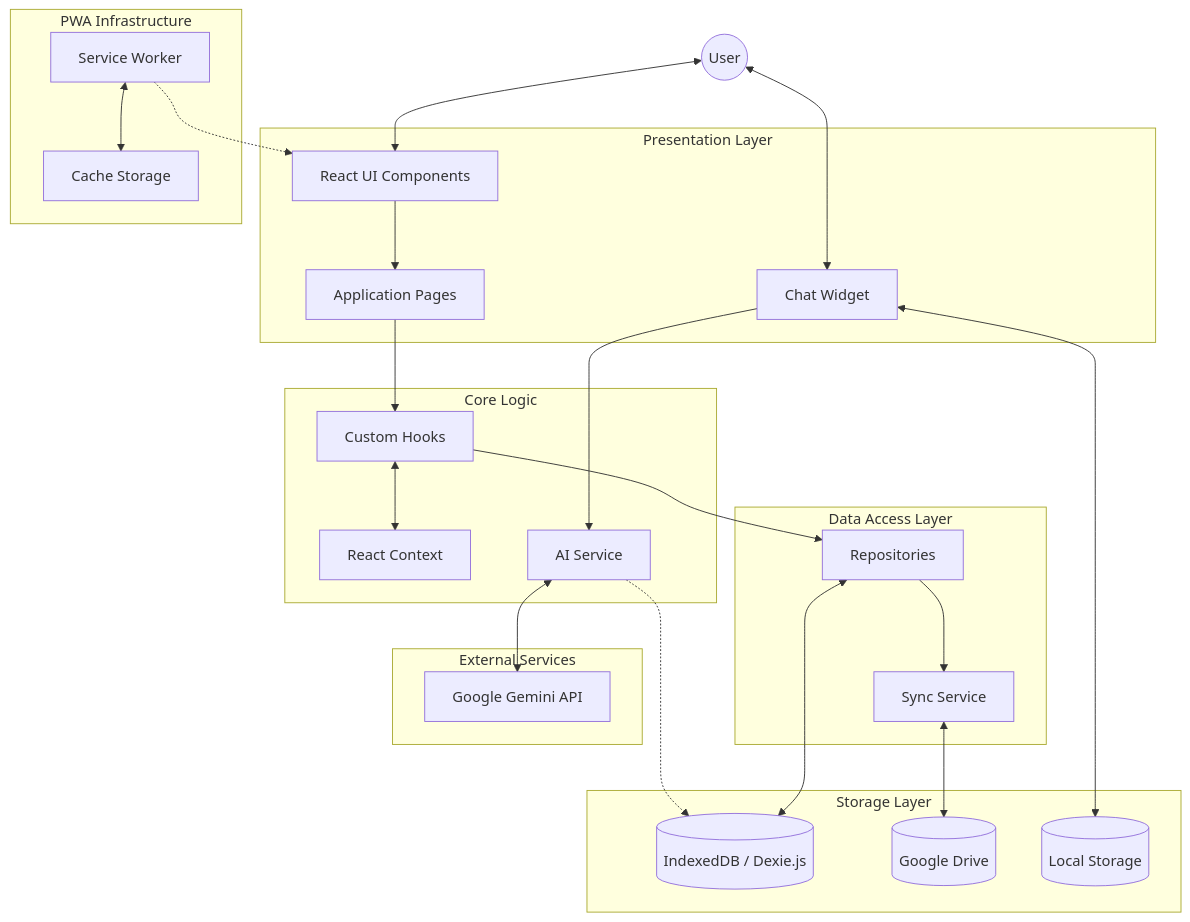
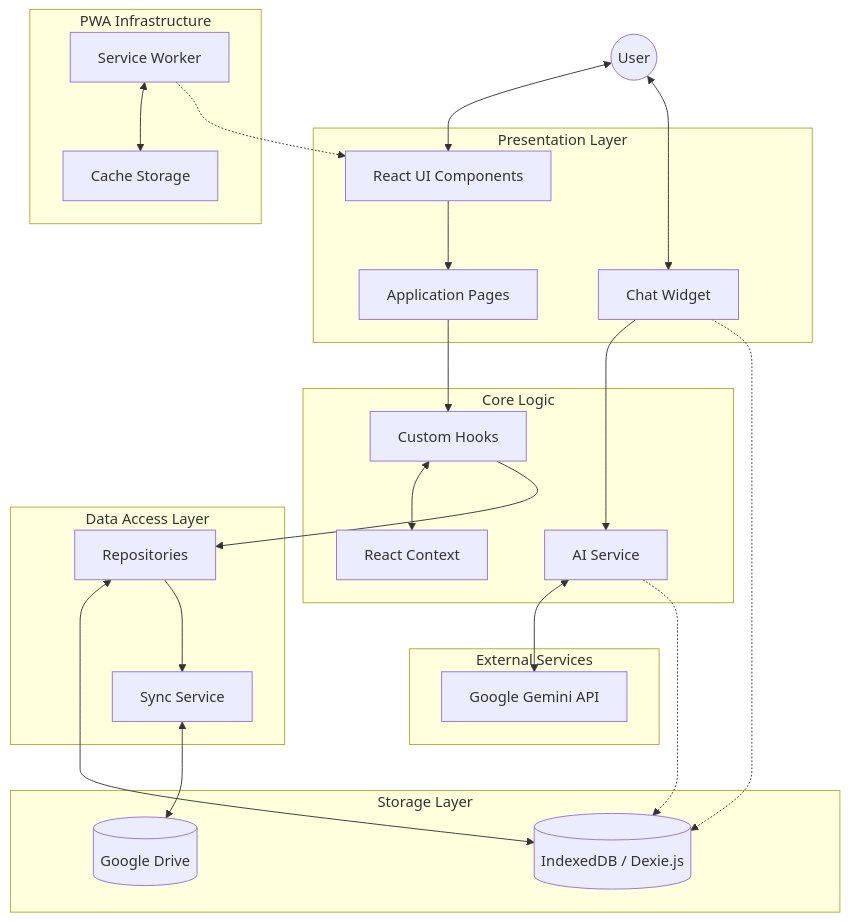
Before and after one commit to swapnil-bhamat/Personal-Finance-PWA: the diagram in README.md, drawn with Mermaid. The commit also changed other lines of this file and 5 other files, not shown here.

Commit message:
feat: Implement Labs page with commodity rates and AI chat functionality, and update README architecture diagram.

````diff
--- a/README.md
+++ b/README.md
@@ -25,54 +27,53 @@
 ```mermaid
 graph TD
     User((User))
 
     subgraph "Presentation Layer"
         UI[React UI Components]
         Chat[Chat Widget]
         Pages[Application Pages]
     end
 
     subgraph "Core Logic"
         Hooks[Custom Hooks]
         Context[React Context]
         AI[AI Service]
     end
 
     subgraph "Data Access Layer"
         Repo[Repositories]
         Sync[Sync Service]
     end
 
     subgraph "Storage Layer"
         LocalDB[(IndexedDB / Dexie.js)]
         CloudDB[(Google Drive)]
-        LocalStorage[(Local Storage)]
     end
 
     subgraph "External Services"
         Gemini[Google Gemini API]
     end
 
     subgraph "PWA Infrastructure"
         SW[Service Worker]
         Cache[Cache Storage]
     end
 
     User <--> UI
     User <--> Chat
     UI --> Pages
     Chat --> AI
-    Chat <--> LocalStorage
+    Chat -.-> LocalDB
     Pages --> Hooks
     Hooks <--> Context
     Hooks --> Repo
     AI <--> Gemini
     AI -.-> LocalDB
 
     Repo <--> LocalDB
     Repo --> Sync
     Sync <--> CloudDB
 
     SW <--> Cache
     SW -.-> UI
 ```
````
